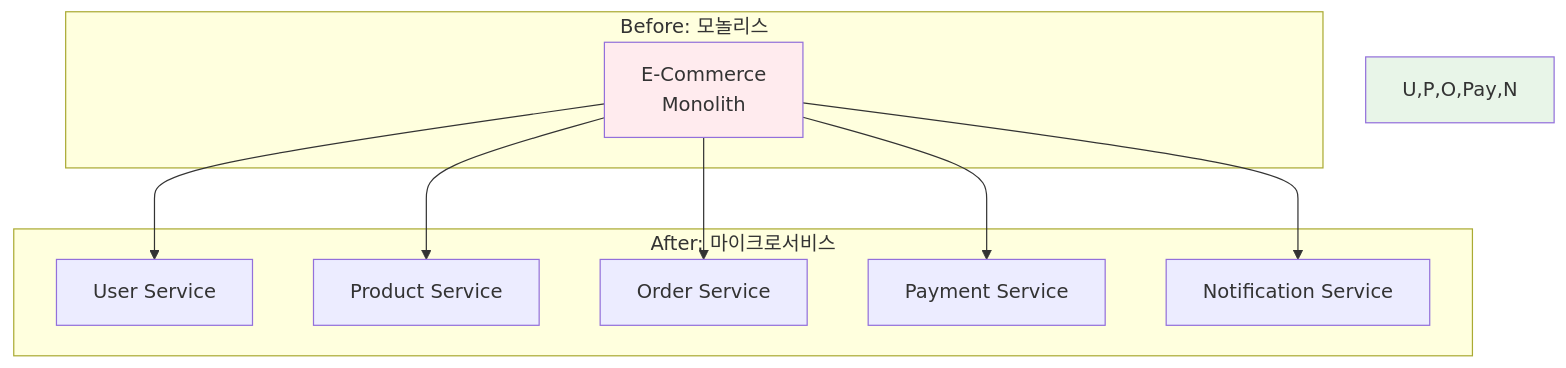
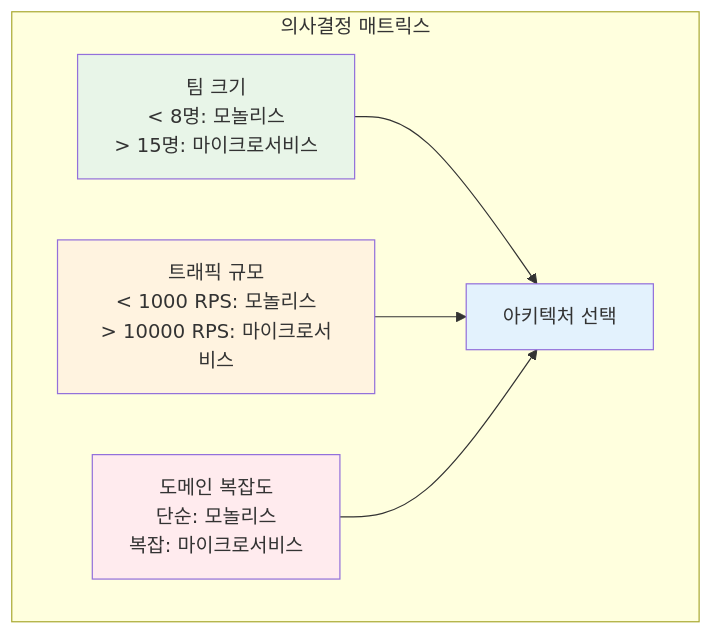
The first of 2 diagrams in theory/week_04/day1/README.md (niceguy61/kdt_devops_lecture_2025), drawn with Mermaid before and after one commit. The commit also changed other lines of this file and 1 other file, not shown here.

````diff
--- a/theory/week_04/day1/README.md
+++ b/theory/week_04/day1/README.md
@@ -115,23 +70,13 @@
 ```mermaid
 graph TB
-    subgraph "Before: 모놀리스"
-        M[E-Commerce<br/>Monolith]
+    subgraph "의사결정 매트릭스"
+        A[팀 크기<br/>< 8명: 모놀리스<br/>> 15명: 마이크로서비스] --> D[아키텍처 선택]
+        B[트래픽 규모<br/>< 1000 RPS: 모놀리스<br/>> 10000 RPS: 마이크로서비스] --> D
+        C[도메인 복잡도<br/>단순: 모놀리스<br/>복잡: 마이크로서비스] --> D
     end
     
-    subgraph "After: 마이크로서비스"
-        U[User Service]
-        P[Product Service]
-        O[Order Service]
-        Pay[Payment Service]
-        N[Notification Service]
-    end
-    
-    M --> U
-    M --> P
-    M --> O
-    M --> Pay
-    M --> N
-    
-    style M fill:#ffebee
-    style U,P,O,Pay,N fill:#e8f5e8
+    style A fill:#e8f5e8
+    style B fill:#fff3e0
+    style C fill:#ffebee
+    style D fill:#e3f2fd
 ```
````
